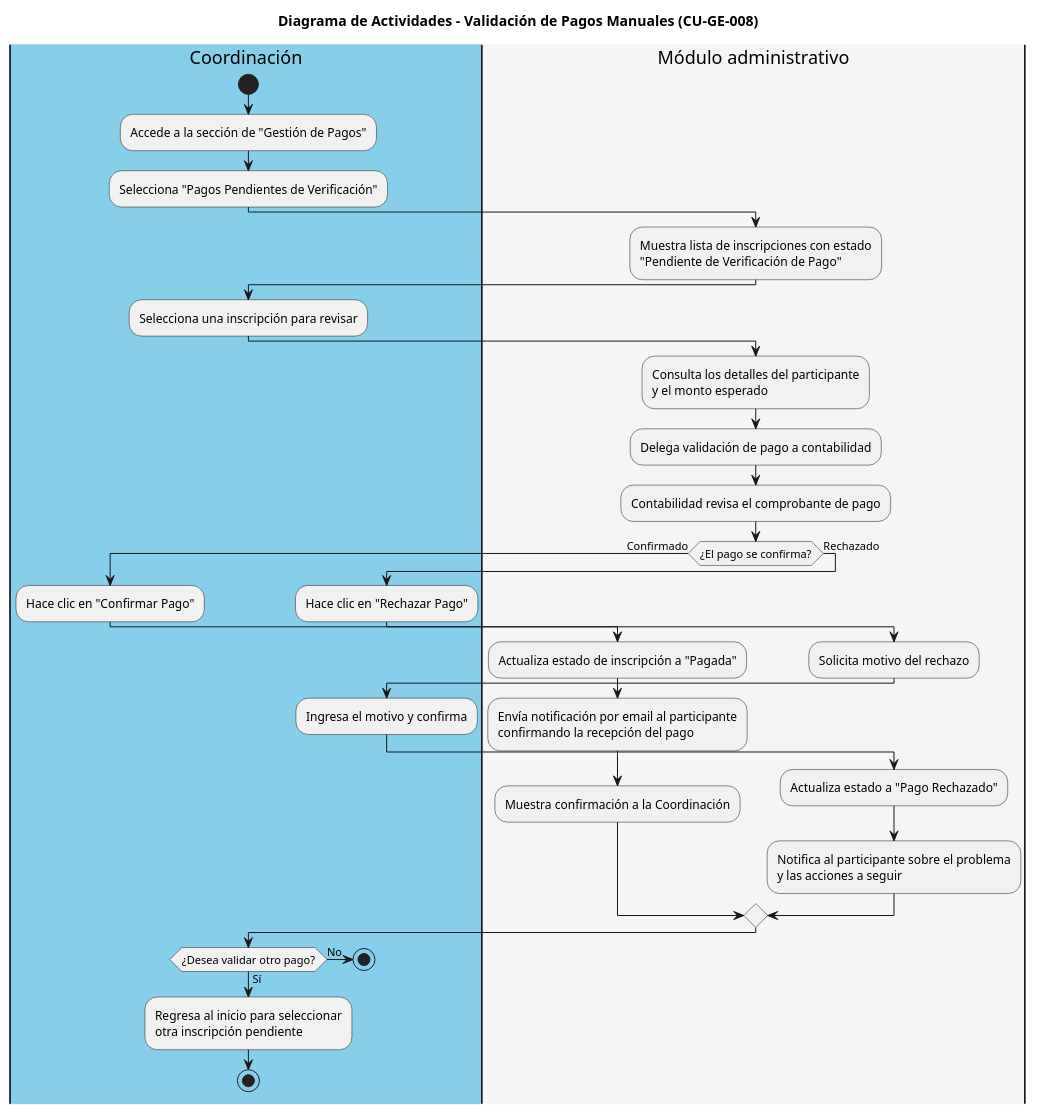
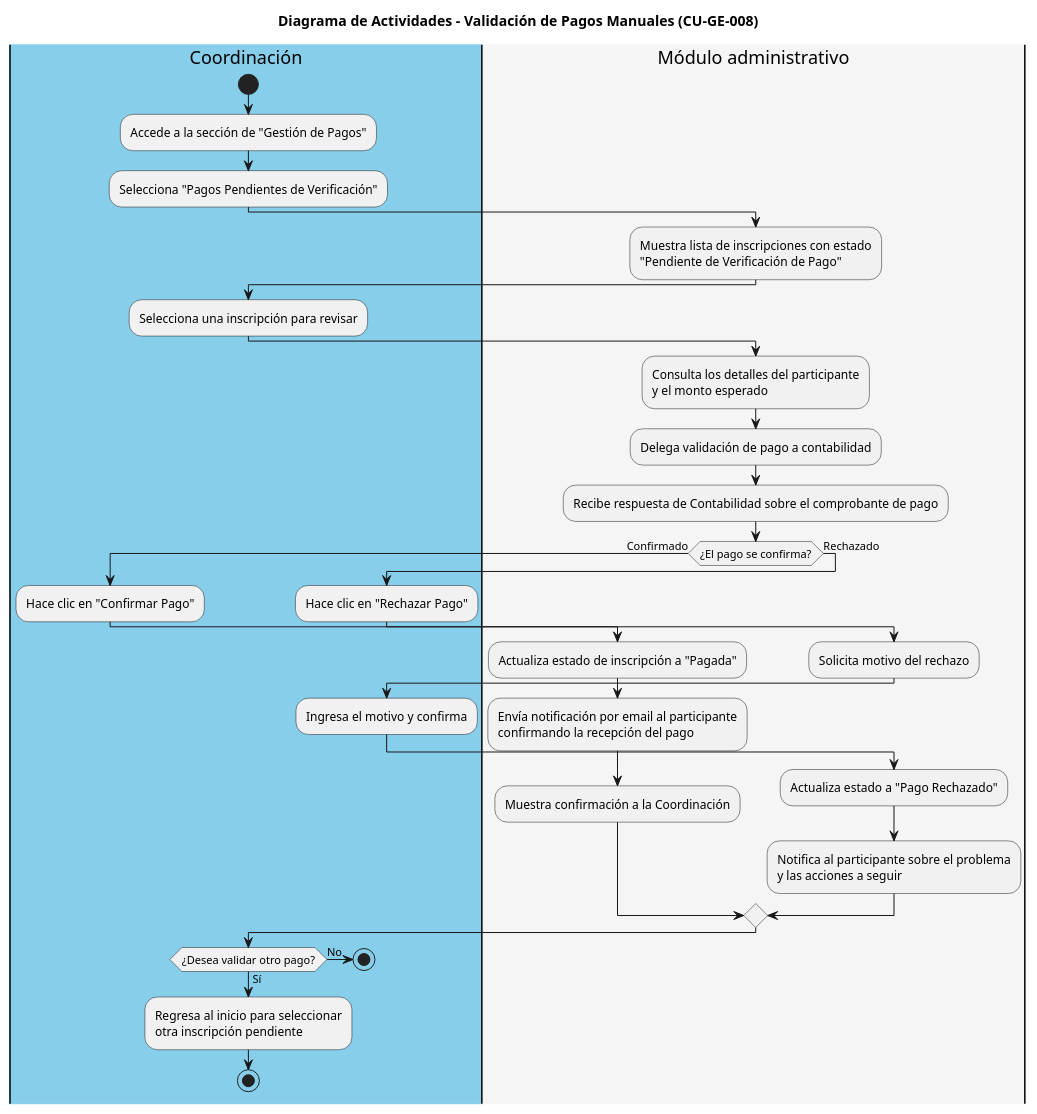
Before and after one commit to iKinoo/baby-salesforce-admin-module: the diagram in code/CU-GE-008_Validacion_Pagos.puml, drawn with PlantUML. The commit also changed 6 other files, not shown here.

```diff
--- a/code/CU-GE-008_Validacion_Pagos.puml
+++ b/code/CU-GE-008_Validacion_Pagos.puml
@@ -1,51 +1,51 @@
 @startuml
 title Diagrama de Actividades - Validación de Pagos Manuales (CU-GE-008)
 
 |#skyblue|Coordinación|
 start
 :Accede a la sección de "Gestión de Pagos";
 :Selecciona "Pagos Pendientes de Verificación";
 
 |#whitesmoke|Módulo administrativo|
 :Muestra lista de inscripciones con estado
 "Pendiente de Verificación de Pago";
 
 |#skyblue|Coordinación|
 :Selecciona una inscripción para revisar;
 
 |#whitesmoke|Módulo administrativo|
 :Consulta los detalles del participante
 y el monto esperado;
 :Delega validación de pago a contabilidad;
-:Contabilidad revisa el comprobante de pago;
+:Recibe respuesta de Contabilidad sobre el comprobante de pago;
 
 if (¿El pago se confirma?) then (Confirmado)
   |#skyblue|Coordinación|
   :Hace clic en "Confirmar Pago";
   |#whitesmoke|Módulo administrativo|
   :Actualiza estado de inscripción a "Pagada";
   :Envía notificación por email al participante
   confirmando la recepción del pago;
   :Muestra confirmación a la Coordinación;
 else (Rechazado)
   |#skyblue|Coordinación|
   :Hace clic en "Rechazar Pago";
   |#whitesmoke|Módulo administrativo|
   :Solicita motivo del rechazo;
   |#skyblue|Coordinación|
   :Ingresa el motivo y confirma;
   |#whitesmoke|Módulo administrativo|
   :Actualiza estado a "Pago Rechazado";
   :Notifica al participante sobre el problema
   y las acciones a seguir;
 endif
 
 |#skyblue|Coordinación|
 if (¿Desea validar otro pago?) then (Sí)
   :Regresa al inicio para seleccionar
   otra inscripción pendiente;
   stop
 else (No)
   stop
 endif
 @enduml
```
